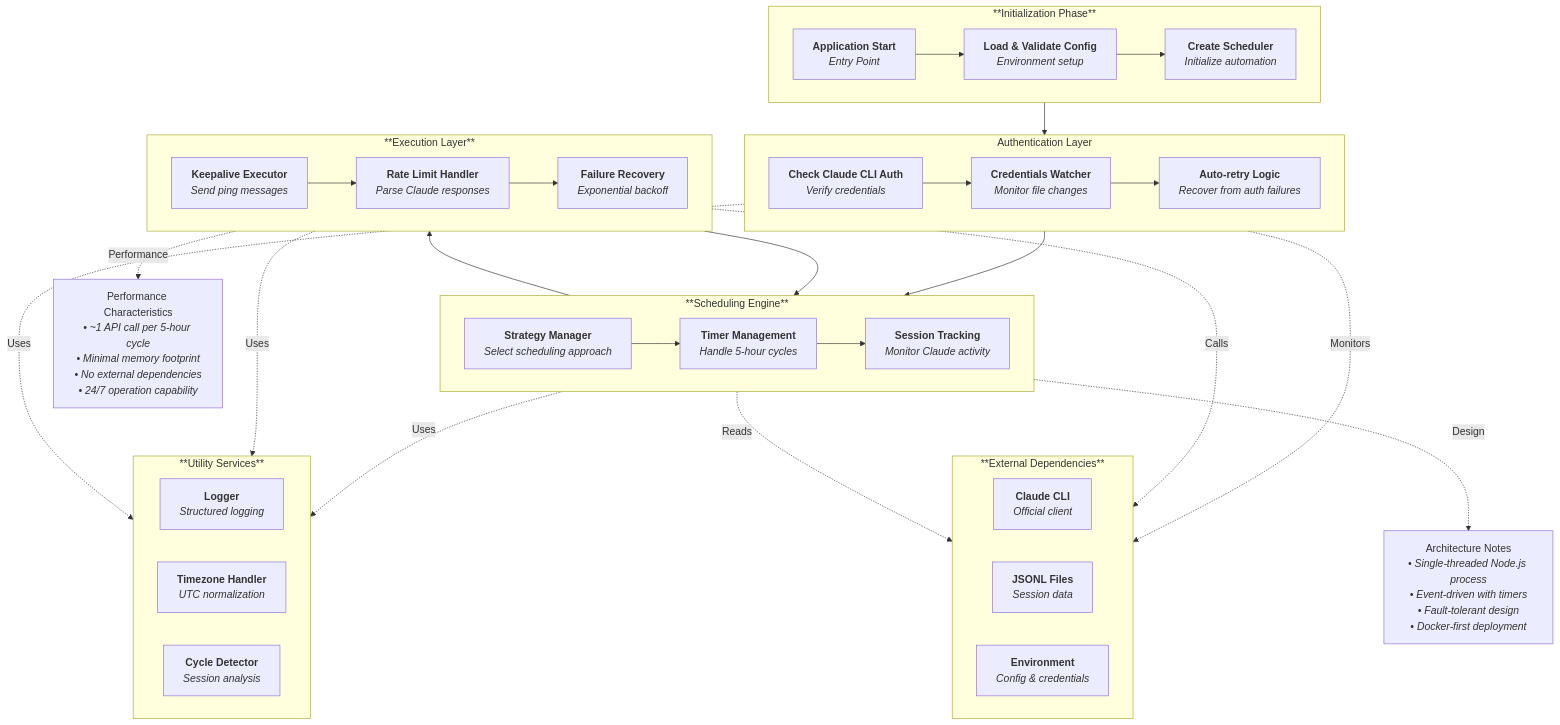
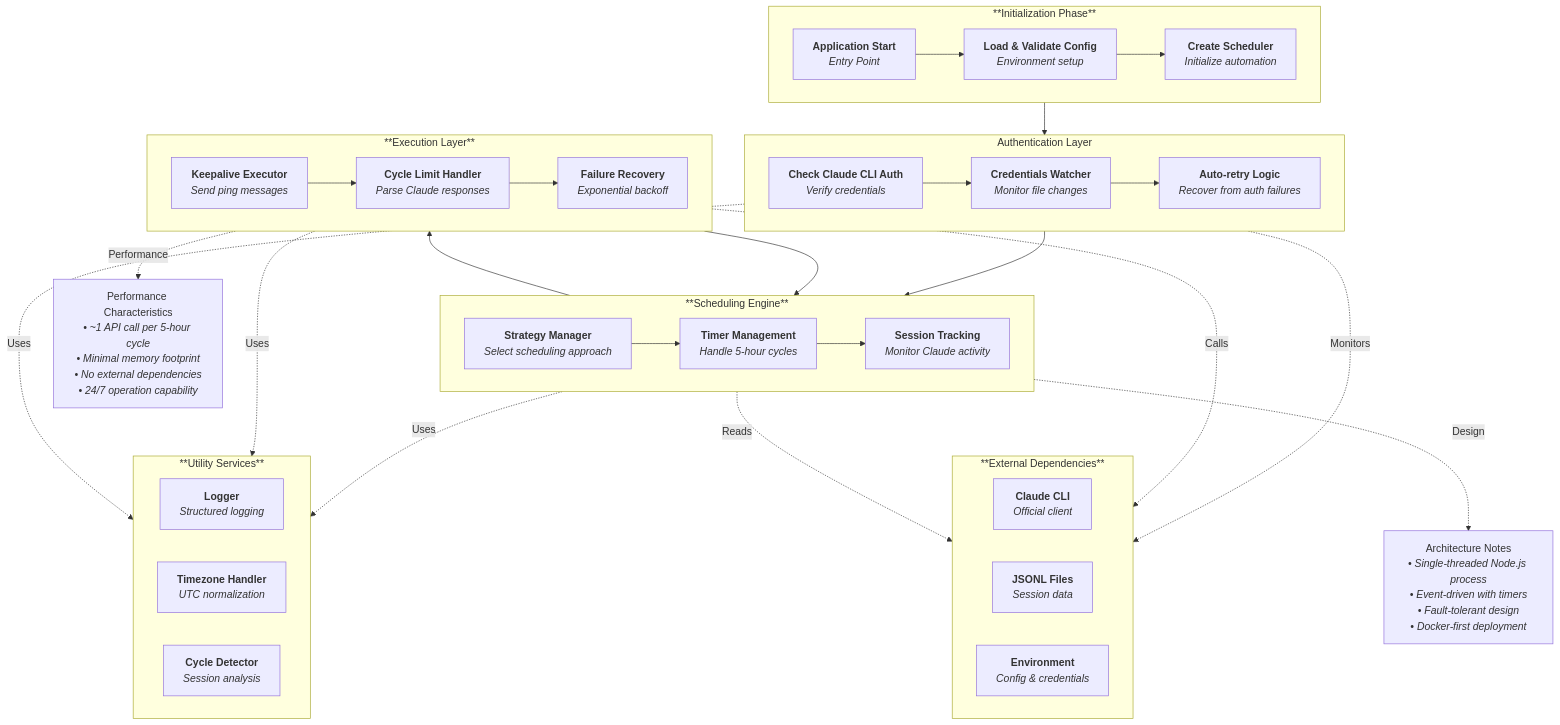
Before and after one commit to substance0/claudepulse: the tenth of 11 diagrams in docs/workflow-diagrams.md, drawn with Mermaid. The commit also changed other lines of this file and 38 other files, not shown here.

```diff
--- a/docs/workflow-diagrams.md
+++ b/docs/workflow-diagrams.md
@@ -455,7 +596,7 @@
     subgraph EXEC ["**Execution Layer**"]
         J["`**Keepalive Executor**
         _Send ping messages_`"]
-        K["`**Rate Limit Handler**
+        K["`**Cycle Limit Handler**
         _Parse Claude responses_`"]
         L["`**Failure Recovery**
         _Exponential backoff_`"]
```
